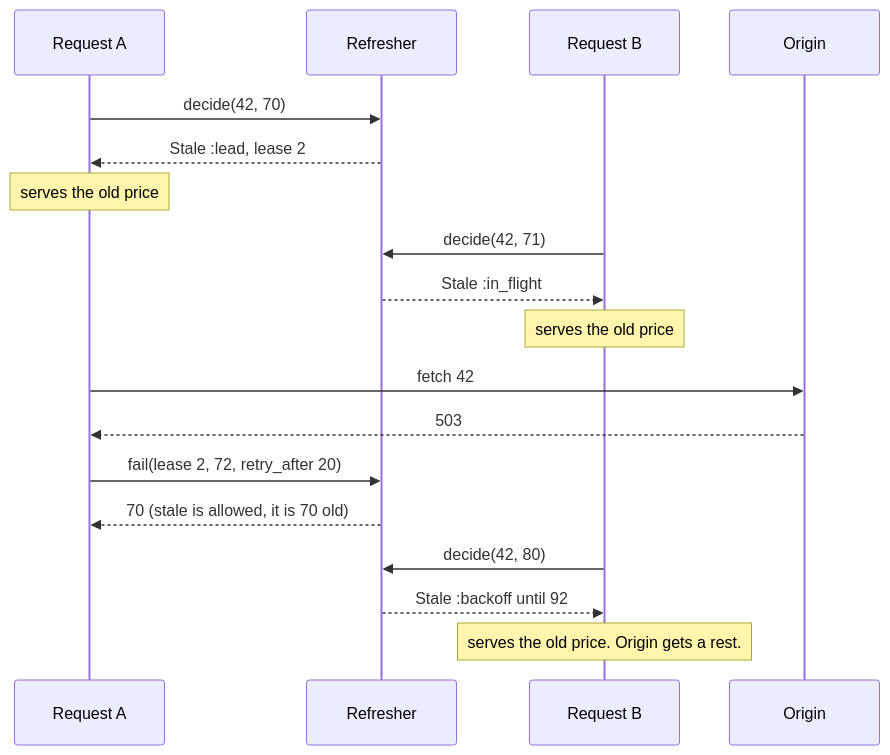
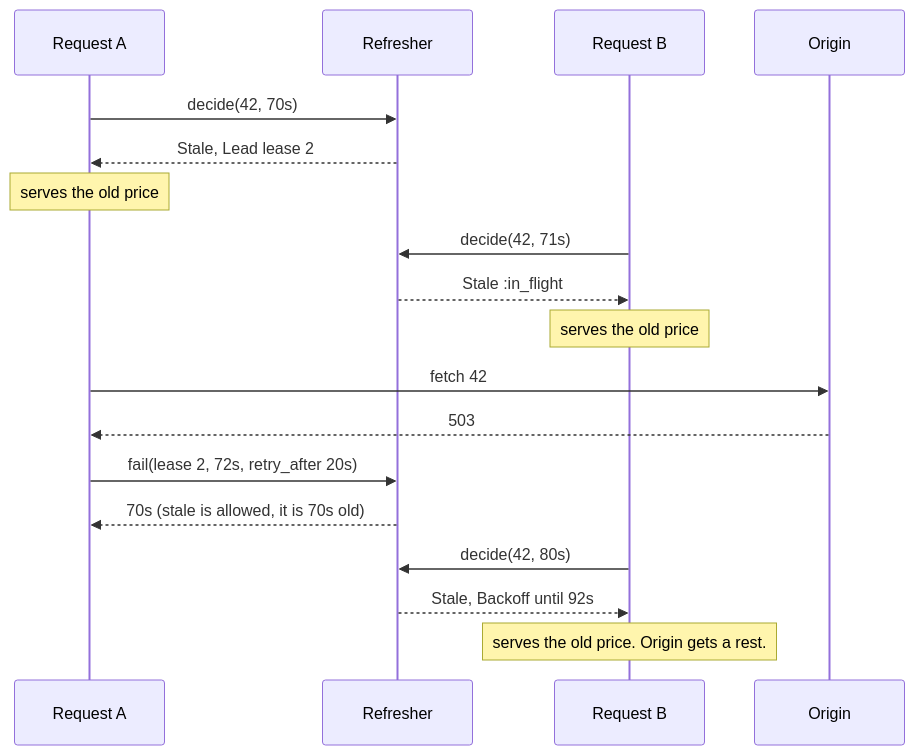
Before and after one commit to seuros/refresh_machines: the third of 3 diagrams in README.md, drawn with Mermaid. The commit also changed other lines of this file and 18 other files, not shown here.

````diff
--- a/README.md
+++ b/README.md
@@ -110,21 +112,21 @@
 ```mermaid
 sequenceDiagram
     participant A as Request A
     participant R as Refresher
     participant B as Request B
     participant O as Origin
 
-    A->>R: decide(42, 70)
-    R-->>A: Stale :lead, lease 2
+    A->>R: decide(42, 70s)
+    R-->>A: Stale, Lead lease 2
     Note over A: serves the old price
-    B->>R: decide(42, 71)
+    B->>R: decide(42, 71s)
     R-->>B: Stale :in_flight
     Note over B: serves the old price
     A->>O: fetch 42
     O-->>A: 503
-    A->>R: fail(lease 2, 72, retry_after 20)
-    R-->>A: 70 (stale is allowed, it is 70 old)
-    B->>R: decide(42, 80)
-    R-->>B: Stale :backoff until 92
+    A->>R: fail(lease 2, 72s, retry_after 20s)
+    R-->>A: 70s (stale is allowed, it is 70s old)
+    B->>R: decide(42, 80s)
+    R-->>B: Stale, Backoff until 92s
     Note over B: serves the old price. Origin gets a rest.
 ```
````
